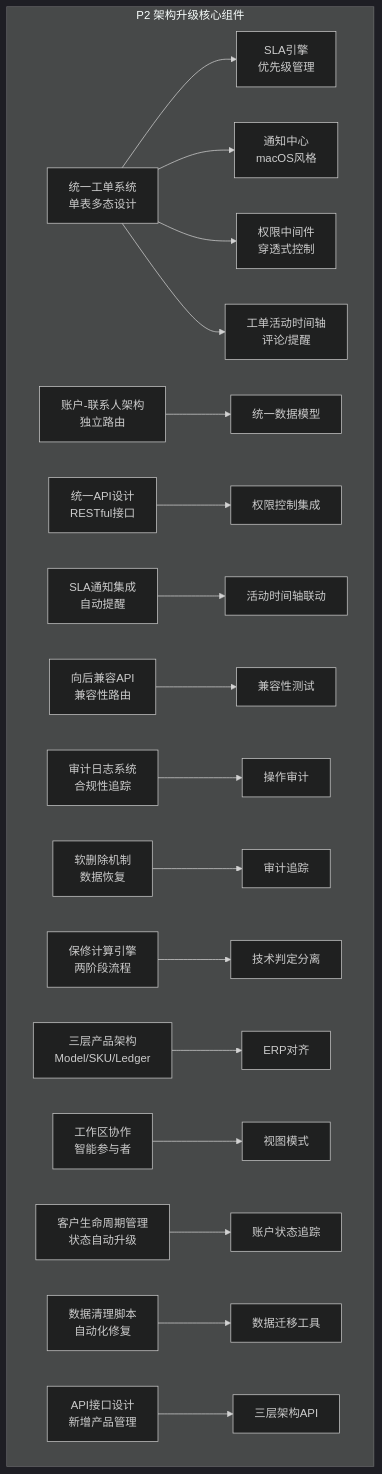
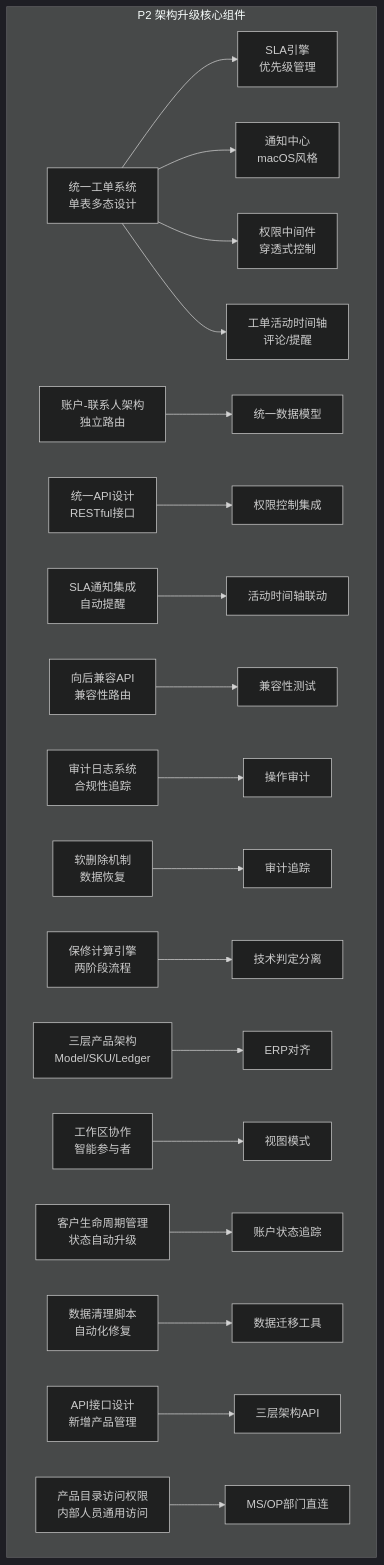
The first of 36 diagrams in .qoder/repowiki/zh/content/开发指南/Service PRD_P2 服务产品需求文档.md (CubeEdge/Longhorn), drawn with Mermaid (dark theme) before and after one commit. The commit also changed other lines of this file and 26 other files, not shown here.

````diff
--- a/.qoder/repowiki/zh/content/开发指南/Service PRD_P2 服务产品需求文档.md
+++ b/.qoder/repowiki/zh/content/开发指南/Service PRD_P2 服务产品需求文档.md
@@ -128,21 +125,22 @@
 ```mermaid
 graph TB
 subgraph "P2 架构升级核心组件"
 A[统一工单系统<br/>单表多态设计] --> B[SLA引擎<br/>优先级管理]
 A --> C[通知中心<br/>macOS风格]
 A --> D[权限中间件<br/>穿透式控制]
 A --> E[工单活动时间轴<br/>评论/提醒]
 F[账户-联系人架构<br/>独立路由] --> G[统一数据模型]
 H[统一API设计<br/>RESTful接口] --> I[权限控制集成]
 J[SLA通知集成<br/>自动提醒] --> K[活动时间轴联动]
 L[向后兼容API<br/>兼容性路由] --> M[兼容性测试]
 N[审计日志系统<br/>合规性追踪] --> O[操作审计]
 P[软删除机制<br/>数据恢复] --> Q[审计追踪]
 R[保修计算引擎<br/>两阶段流程] --> S[技术判定分离]
 T[三层产品架构<br/>Model/SKU/Ledger] --> U[ERP对齐]
 V[工作区协作<br/>智能参与者] --> W[视图模式]
 X[客户生命周期管理<br/>状态自动升级] --> Y[账户状态追踪]
 Z[数据清理脚本<br/>自动化修复] --> AA[数据迁移工具]
 AB[API接口设计<br/>新增产品管理] --> AC[三层架构API]
+AD[产品目录访问权限<br/>内部人员通用访问] --> AE[MS/OP部门直连]
 end
 ```
````
